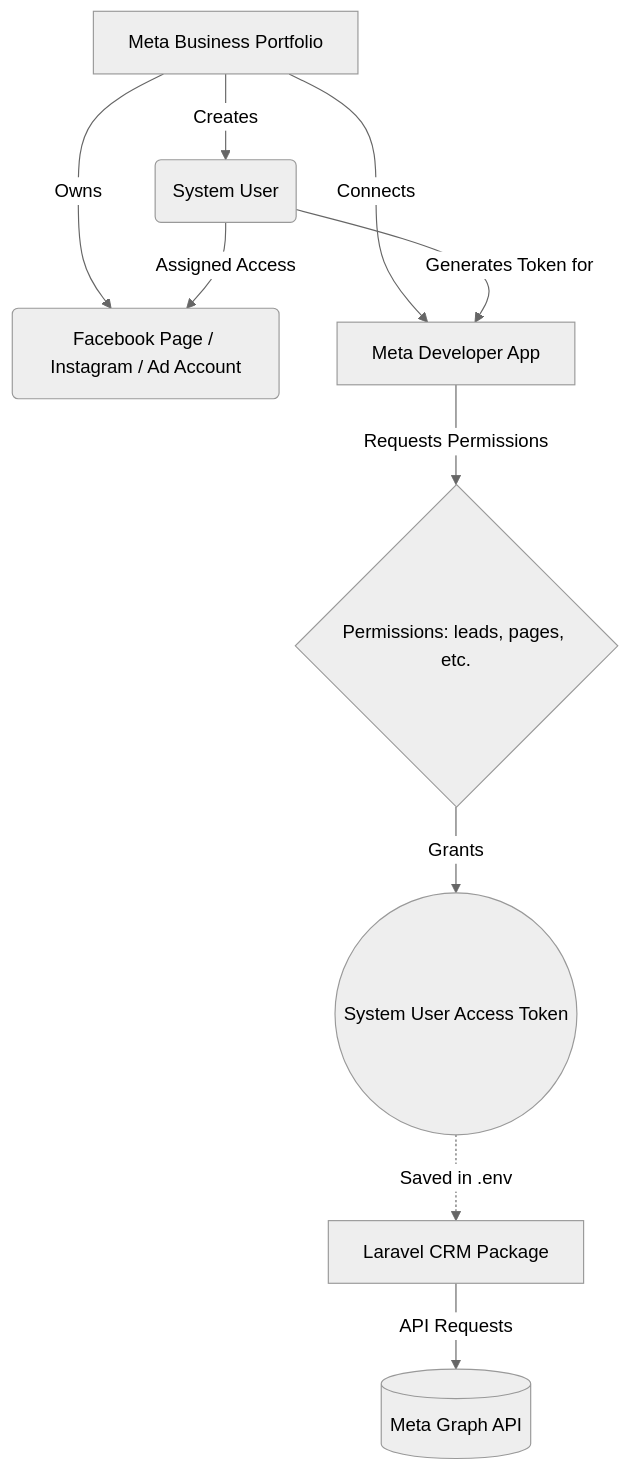
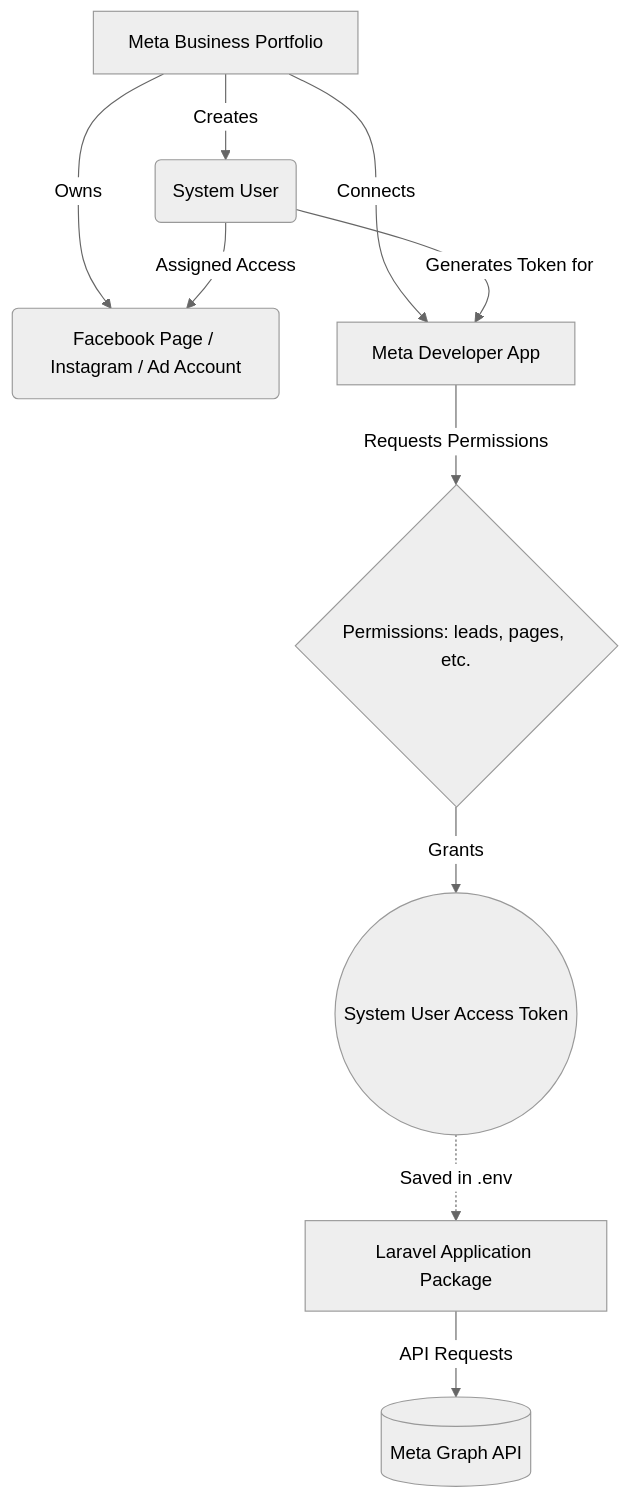
One commit to manishnlet77/laravel-meta changed the first of 2 diagrams in docs/04-token-and-authentication.md. Above: the diagram before and after it, drawn with Mermaid (neutral theme). The commit also changed other lines of this file and 8 other files, not shown here.

````diff
--- a/docs/04-token-and-authentication.md
+++ b/docs/04-token-and-authentication.md
@@ -11,12 +11,12 @@
 ```mermaid
 graph TD
     A[Meta Business Portfolio] -->|Creates| B(System User)
     A -->|Owns| C(Facebook Page / Instagram / Ad Account)
     B -->|Assigned Access| C
     A -->|Connects| D[Meta Developer App]
     B -->|Generates Token for| D
     D -->|Requests Permissions| E{Permissions: leads, pages, etc.}
     E -->|Grants| F((System User Access Token))
-    F -.->|Saved in .env| G[Laravel CRM Package]
+    F -.->|Saved in .env| G[Laravel Application Package]
     G -->|API Requests| H[(Meta Graph API)]
 ```
````
